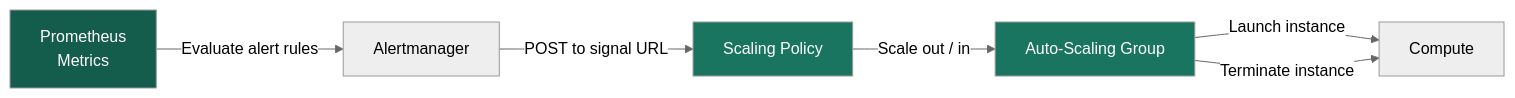
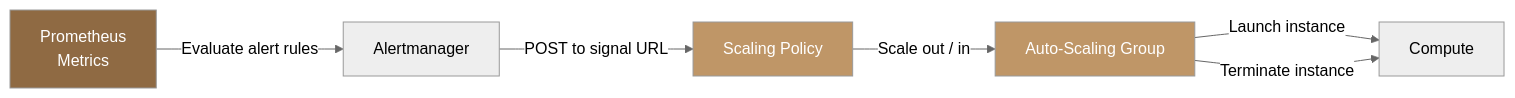
The diagram in services/orchestration/autoscaling.mdx (ankur-kumar87/docs-polystack), drawn with Mermaid (neutral theme) before and after one commit. The commit also changed other lines of this file and 395 other files, not shown here.

````diff
--- a/services/orchestration/autoscaling.mdx
+++ b/services/orchestration/autoscaling.mdx
@@ -31,11 +31,11 @@
 ```mermaid
 graph LR
     PROM[Prometheus<br/>Metrics] -->|Evaluate alert rules| ALERT[Alertmanager]
     ALERT -->|POST to signal URL| POLICY[Scaling Policy]
     POLICY -->|Scale out / in| GROUP[Auto-Scaling Group]
     GROUP -->|Launch instance| NOVA[Compute]
     GROUP -->|Terminate instance| NOVA
-    style POLICY fill:#197560,color:#fff
-    style GROUP fill:#197560,color:#fff
-    style PROM fill:#145C4C,color:#fff
+    style POLICY fill:#bf9667,color:#fff
+    style GROUP fill:#bf9667,color:#fff
+    style PROM fill:#8f6a43,color:#fff
 ```
````
